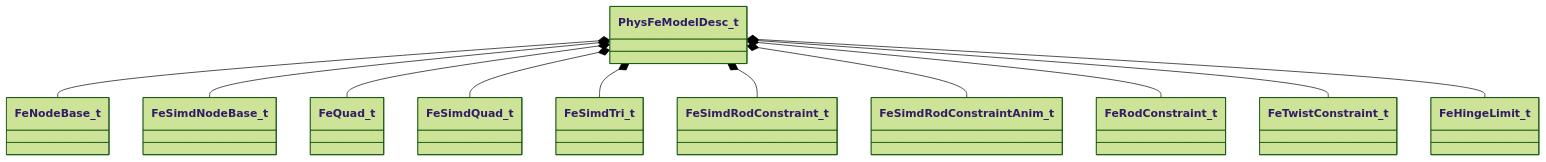
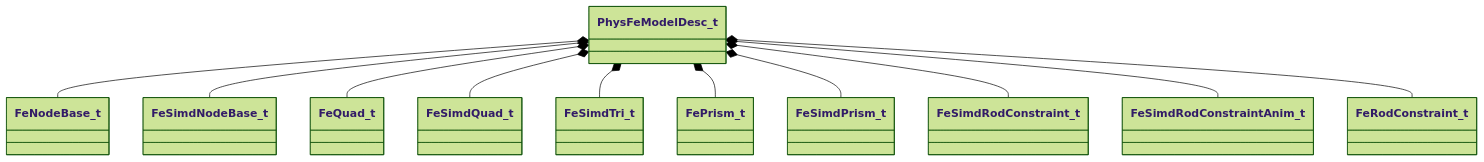
One commit to CS2OpenDev/CS2OpenDev-Docs changed the diagram in docs/generated/schemas/physicslib/PhysFeModelDesc_t.md. Above: the diagram before and after it, drawn with Mermaid (forest theme). The commit also changed other lines of this file and 4654 other files, not shown here.

Commit message:
docs: regenerate for SchemaTracker build 25947352 [skip ci]

````diff
--- a/docs/generated/schemas/physicslib/PhysFeModelDesc_t.md
+++ b/docs/generated/schemas/physicslib/PhysFeModelDesc_t.md
@@ -17,13 +17,13 @@
 ```mermaid
 classDiagram
     PhysFeModelDesc_t *-- FeNodeBase_t
     PhysFeModelDesc_t *-- FeSimdNodeBase_t
     PhysFeModelDesc_t *-- FeQuad_t
     PhysFeModelDesc_t *-- FeSimdQuad_t
     PhysFeModelDesc_t *-- FeSimdTri_t
+    PhysFeModelDesc_t *-- FePrism_t
+    PhysFeModelDesc_t *-- FeSimdPrism_t
     PhysFeModelDesc_t *-- FeSimdRodConstraint_t
     PhysFeModelDesc_t *-- FeSimdRodConstraintAnim_t
     PhysFeModelDesc_t *-- FeRodConstraint_t
-    PhysFeModelDesc_t *-- FeTwistConstraint_t
-    PhysFeModelDesc_t *-- FeHingeLimit_t
 ```
````
